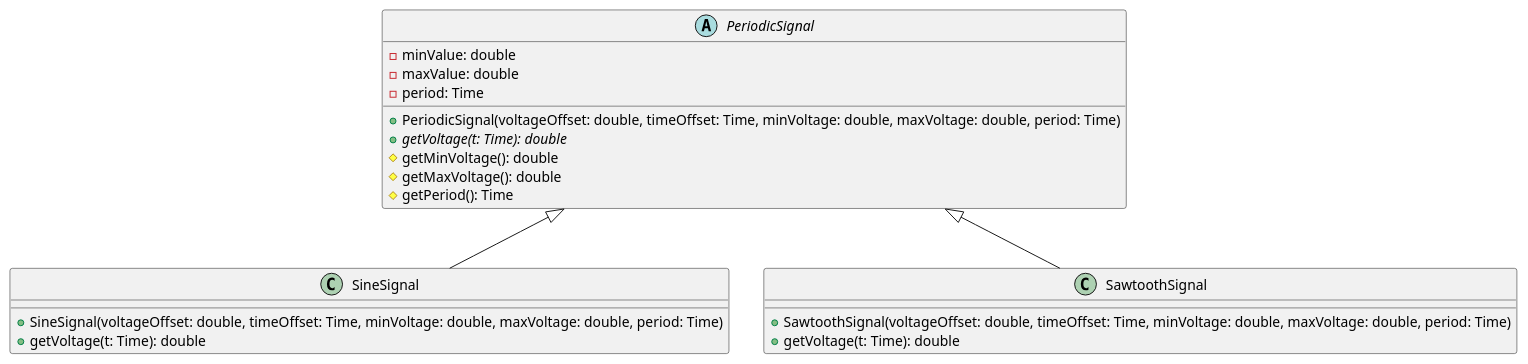
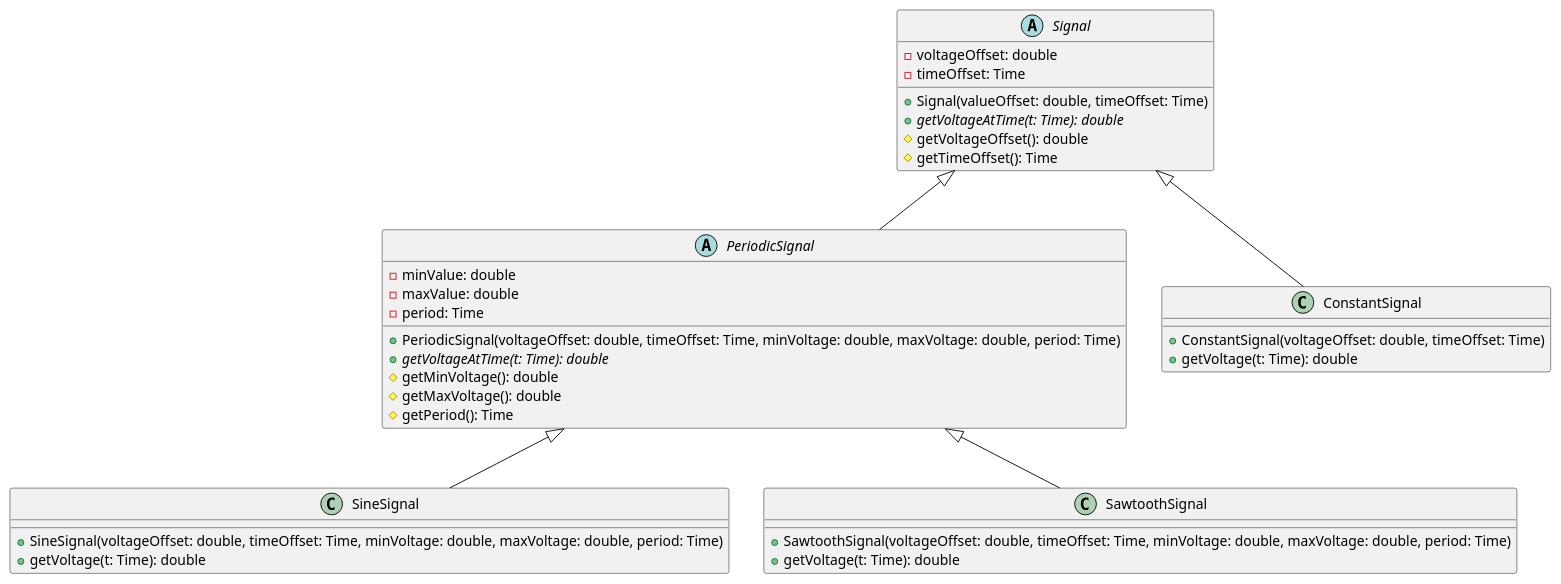
One commit to skylasercolorado/AirplaneMonitor changed the diagram in doc/AirplaneMonitor.puml. Above: the diagram before and after it, drawn with PlantUML. The commit also changed 1 other file, not shown here.

Commit message:
uml, part 2

```diff
--- a/doc/AirplaneMonitor.puml
+++ b/doc/AirplaneMonitor.puml
@@ -1,27 +1,45 @@
 @startuml
 
 class SineSignal {
 +SineSignal(voltageOffset: double, timeOffset: Time, minVoltage: double, maxVoltage: double, period: Time)
 +getVoltage(t: Time): double
 }
 
 class SawtoothSignal {
 +SawtoothSignal(voltageOffset: double, timeOffset: Time, minVoltage: double, maxVoltage: double, period: Time)
 +getVoltage(t: Time): double
 }
 
 abstract class PeriodicSignal {
 -minValue: double
 -maxValue: double
 -period: Time
 
 +PeriodicSignal(voltageOffset: double, timeOffset: Time, minVoltage: double, maxVoltage: double, period: Time)
-+{abstract} getVoltage(t: Time): double
++{abstract} getVoltageAtTime(t: Time): double
 #getMinVoltage(): double
 #getMaxVoltage(): double
 #getPeriod(): Time
 }
 
+class ConstantSignal {
++ConstantSignal(voltageOffset: double, timeOffset: Time)
++getVoltage(t: Time): double
+}
+
+abstract class Signal {
+-voltageOffset: double
+-timeOffset: Time
+
++Signal(valueOffset: double, timeOffset: Time)
++{abstract} getVoltageAtTime(t: Time): double
+#getVoltageOffset(): double
+#getTimeOffset(): Time
+}
+
 PeriodicSignal <|-- SineSignal
 PeriodicSignal <|-- SawtoothSignal
+
+Signal <|-- ConstantSignal
+Signal <|-- PeriodicSignal
 @enduml
```
